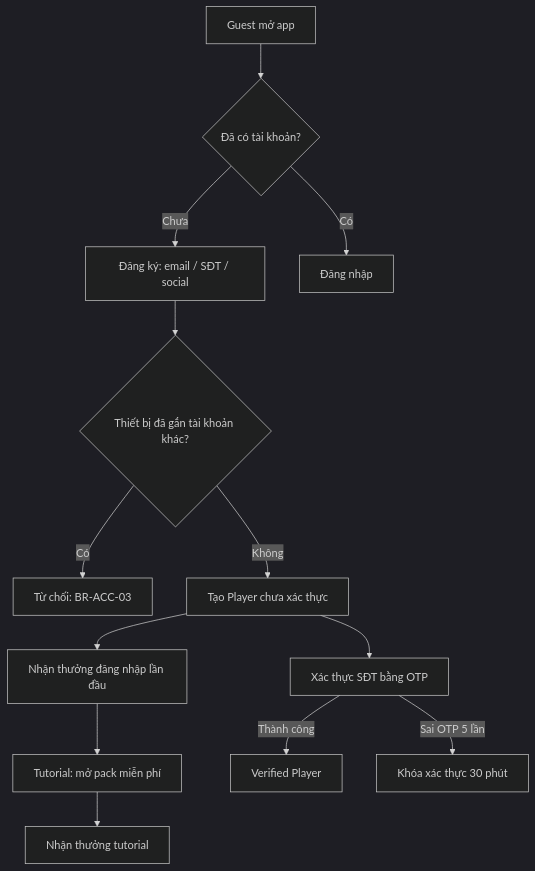
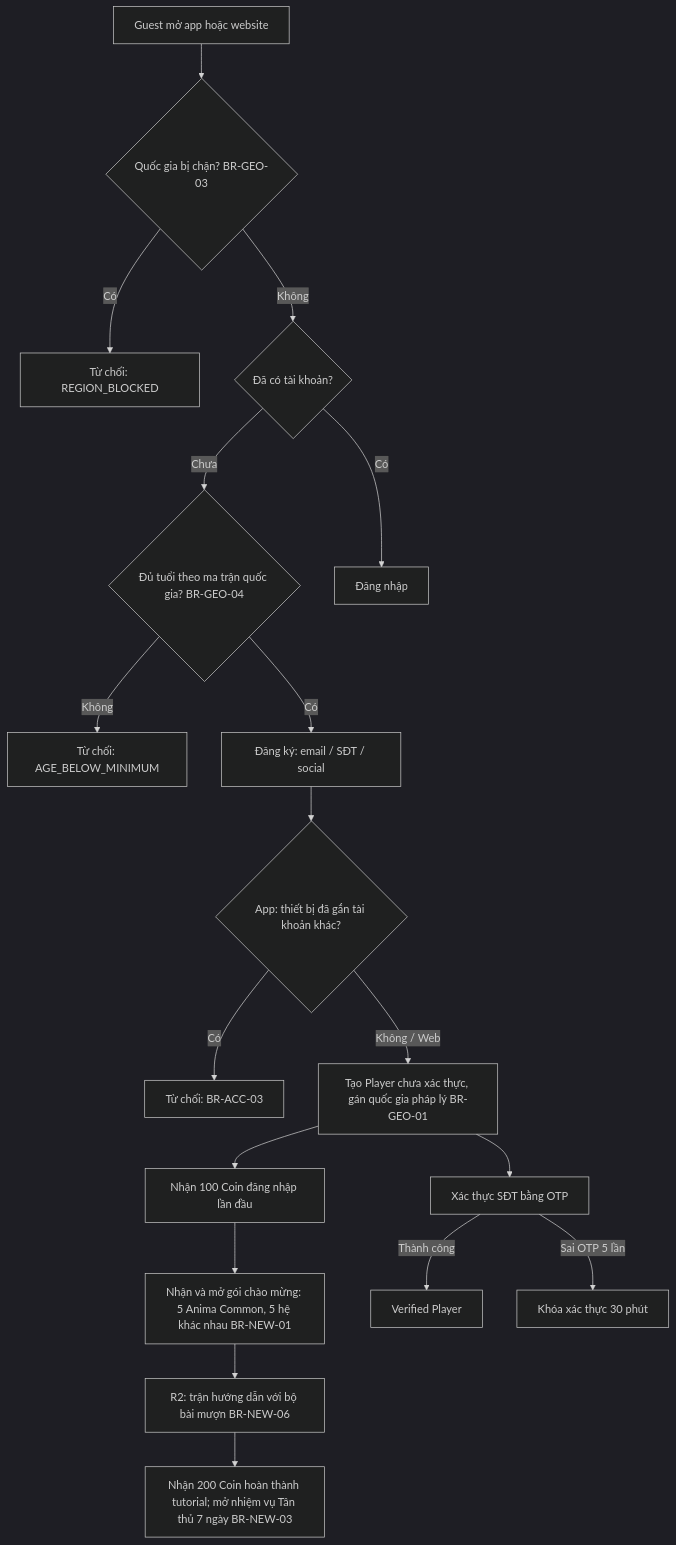
Before and after one commit to huynhdien1610/ClaudeCode: the first of 9 diagrams in docs/BRD_ANIMA.md, drawn with Mermaid (dark theme). The commit also changed other lines of this file and 12 other files, not shown here.

````diff
--- a/docs/BRD_ANIMA.md
+++ b/docs/BRD_ANIMA.md
@@ -341,15 +362,20 @@
 ```mermaid
 flowchart TD
-    A[Guest mở app] --> B{Đã có tài khoản?}
-    B -- Chưa --> C[Đăng ký: email / SĐT / social]
+    A[Guest mở app hoặc website] --> R{Quốc gia bị chặn? BR-GEO-03}
+    R -- Có --> X0[Từ chối: REGION_BLOCKED]
+    R -- Không --> B{Đã có tài khoản?}
+    B -- Chưa --> AG{Đủ tuổi theo ma trận quốc gia? BR-GEO-04}
+    AG -- Không --> X1[Từ chối: AGE_BELOW_MINIMUM]
+    AG -- Có --> C[Đăng ký: email / SĐT / social]
     B -- Có --> D[Đăng nhập]
-    C --> E{Thiết bị đã gắn tài khoản khác?}
+    C --> E{App: thiết bị đã gắn tài khoản khác?}
     E -- Có --> X[Từ chối: BR-ACC-03]
-    E -- Không --> F[Tạo Player chưa xác thực]
-    F --> G[Nhận thưởng đăng nhập lần đầu]
-    G --> H[Tutorial: mở pack miễn phí]
-    H --> I[Nhận thưởng tutorial]
+    E -- Không / Web --> F[Tạo Player chưa xác thực, gán quốc gia pháp lý BR-GEO-01]
+    F --> G[Nhận 100 Coin đăng nhập lần đầu]
+    G --> H[Nhận và mở gói chào mừng: 5 Anima Common, 5 hệ khác nhau BR-NEW-01]
+    H --> H2[R2: trận hướng dẫn với bộ bài mượn BR-NEW-06]
+    H2 --> I[Nhận 200 Coin hoàn thành tutorial; mở nhiệm vụ Tân thủ 7 ngày BR-NEW-03]
     F --> J[Xác thực SĐT bằng OTP]
     J -- Thành công --> K[Verified Player]
     J -- Sai OTP 5 lần --> L[Khóa xác thực 30 phút]
 ```
````
